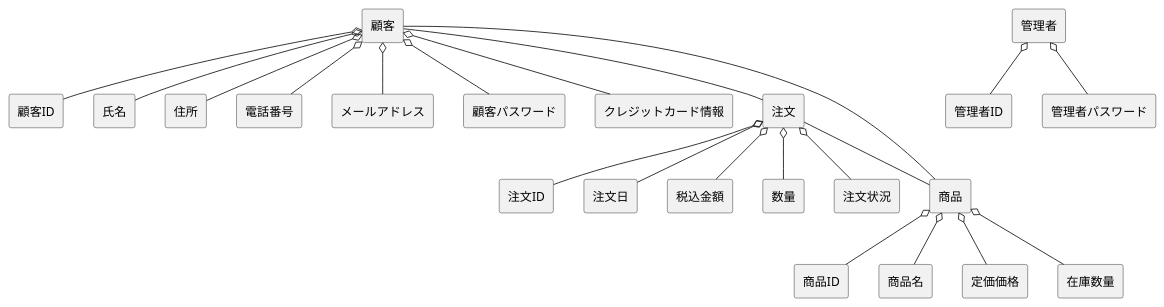
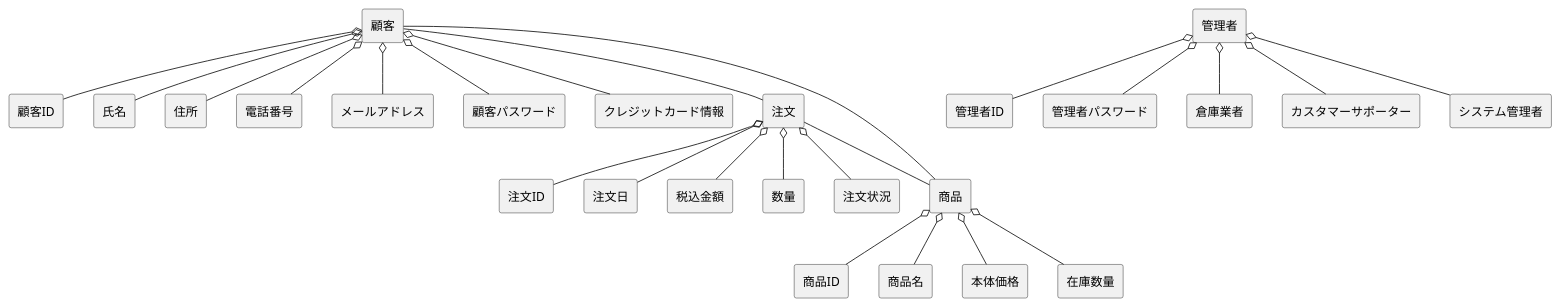
Before and after one commit to ko246/ohara_uml: the diagram in group/3-3_総合演習1_BBショップ注文管理システム/ドメインモデル図/domain.pu, drawn with PlantUML. The commit also changed 1 other file, not shown here.

Commit message:
ドメインモデル図修正、顧客側のユースケース記述

```diff
--- a/group/3-3_総合演習1_BBショップ注文管理システム/ドメインモデル図/domain.pu
+++ b/group/3-3_総合演習1_BBショップ注文管理システム/ドメインモデル図/domain.pu
@@ -1,31 +1,33 @@
 @startuml Robodogドメインモデル図
 skinparam componentStyle rectangle
 
 [顧客] o-- [顧客ID]
 [顧客] o-- [氏名]
 [顧客] o-- [住所]
 [顧客] o-- [電話番号]
 [顧客] o-- [メールアドレス]
 [顧客] o-- [顧客パスワード]
 [顧客] o-- [クレジットカード情報]
 
 [注文] o-- [注文ID]
 [注文] o-- [注文日]
 [注文] o-- [税込金額]
 [注文] o-- [数量]
 [注文] o-- [注文状況]
 
 [商品] o-- [商品ID]
 [商品] o-- [商品名]
-[商品] o-- [定価価格]
+[商品] o-- [本体価格]
 [商品] o-- [在庫数量]
 
 [商品] -- [顧客]
 [注文] -- [商品]
 [顧客] -- [注文]
 
 [管理者] o-- [管理者ID]
 [管理者] o-- [管理者パスワード]
-
+[管理者] o-- [倉庫業者]
+[管理者] o-- [カスタマーサポーター]
+[管理者] o-- [システム管理者]
 
 @enduml
```
